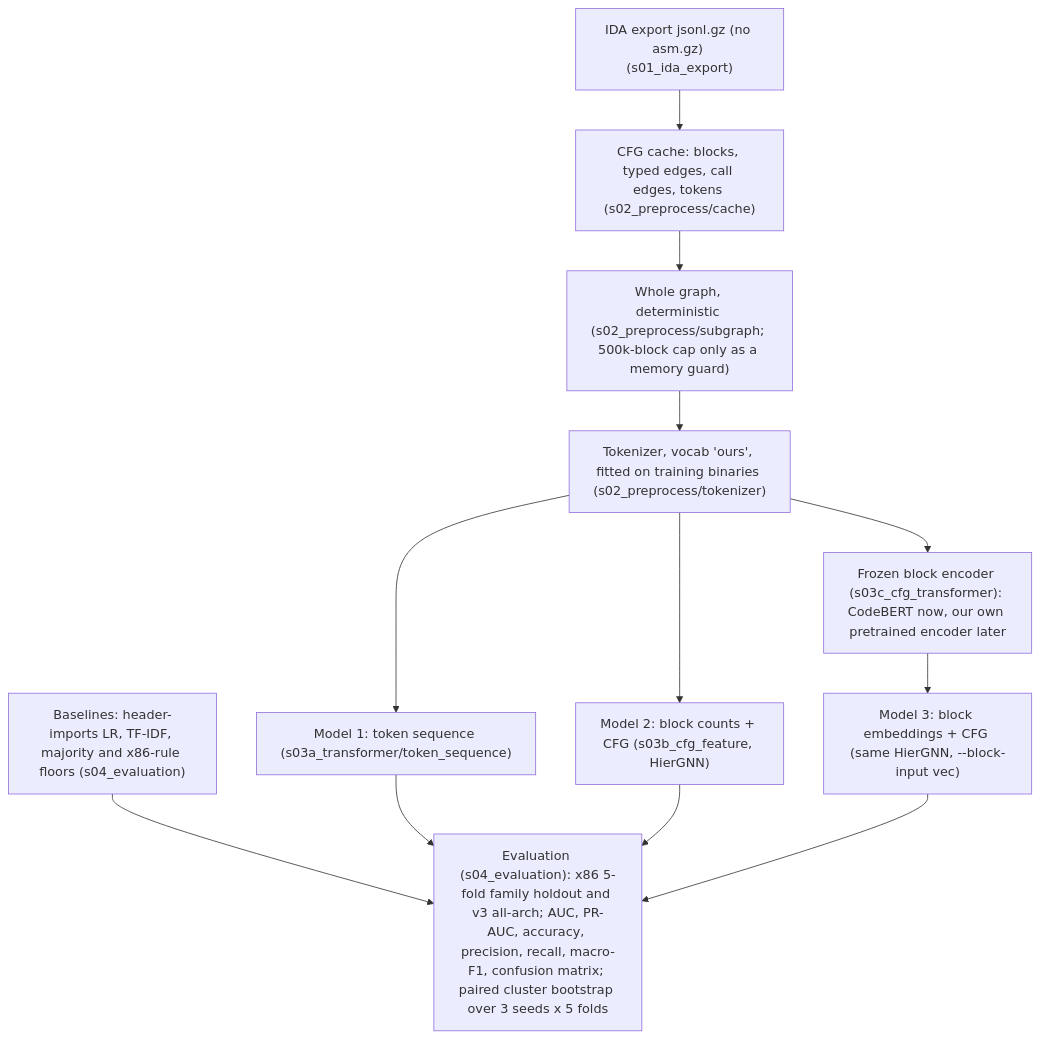
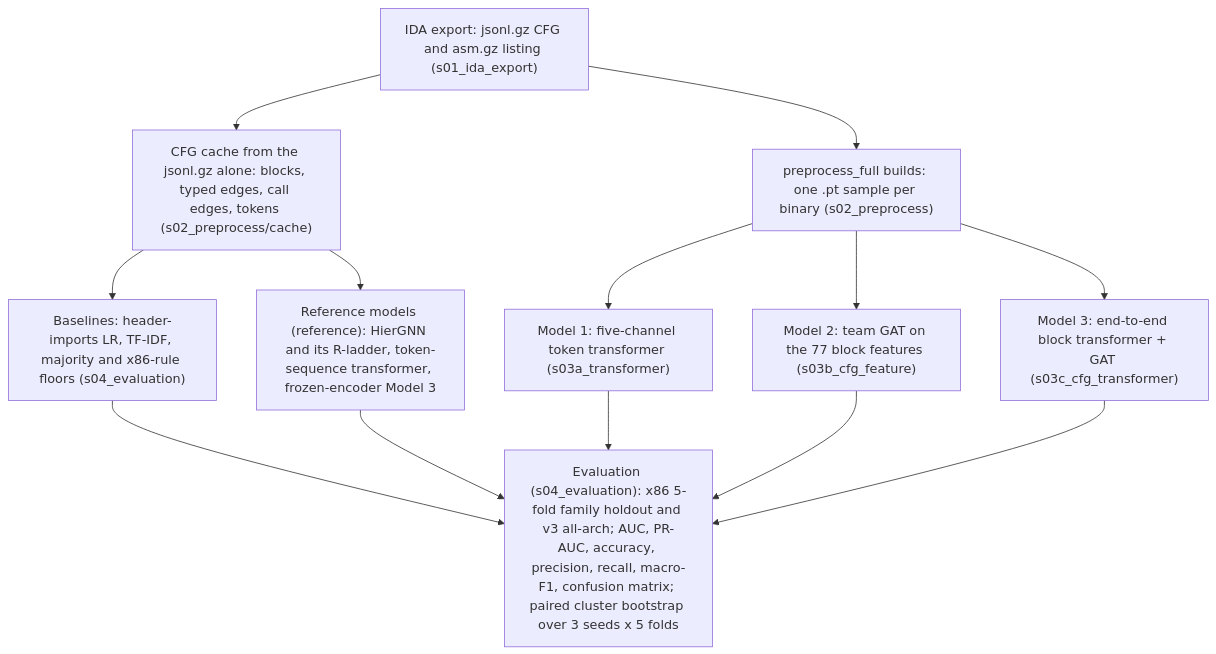
The diagram in CT_GAT/pipeline/README.md (doroluo/ransomware-detection-masters-project), drawn with Mermaid before and after one commit. The commit also changed other lines of this file and 70 other files, not shown here.

First line of the commit message:
Rewrite imports and docs for reference/

````diff
--- a/CT_GAT/pipeline/README.md
+++ b/CT_GAT/pipeline/README.md
@@ -8,15 +8,16 @@
 ```mermaid
 flowchart TD
-    A["IDA export jsonl.gz (no asm.gz) (s01_ida_export)"] --> B["CFG cache: blocks, typed edges, call edges, tokens (s02_preprocess/cache)"]
-    B --> C["Whole graph, deterministic (s02_preprocess/subgraph; 500k-block cap only as a memory guard)"]
-    C --> D["Tokenizer, vocab 'ours', fitted on training binaries (s02_preprocess/tokenizer)"]
-    D --> M1["Model 1: token sequence (s03a_transformer/token_sequence)"]
-    D --> M2["Model 2: block counts + CFG (s03b_cfg_feature, HierGNN)"]
-    D --> ENC["Frozen block encoder (s03c_cfg_transformer): CodeBERT now, our own pretrained encoder later"]
-    ENC --> M3["Model 3: block embeddings + CFG (same HierGNN, --block-input vec)"]
-    BASE["Baselines: header-imports LR, TF-IDF, majority and x86-rule floors (s04_evaluation)"] --> EV
+    A["IDA export: jsonl.gz CFG and asm.gz listing (s01_ida_export)"] --> P["preprocess_full builds: one .pt sample per binary (s02_preprocess)"]
+    P --> M1["Model 1: five-channel token transformer (s03a_transformer)"]
+    P --> M2["Model 2: team GAT on the 77 block features (s03b_cfg_feature)"]
+    P --> M3["Model 3: end-to-end block transformer + GAT (s03c_cfg_transformer)"]
+    A --> B["CFG cache from the jsonl.gz alone: blocks, typed edges, call edges, tokens (s02_preprocess/cache)"]
+    B --> BASE["Baselines: header-imports LR, TF-IDF, majority and x86-rule floors (s04_evaluation)"]
+    B --> REF["Reference models (reference): HierGNN and its R-ladder, token-sequence transformer, frozen-encoder Model 3"]
+    BASE --> EV
+    REF --> EV
     M1 --> EV
     M2 --> EV
     M3 --> EV
     EV["Evaluation (s04_evaluation): x86 5-fold family holdout and v3 all-arch; AUC, PR-AUC, accuracy, precision, recall, macro-F1, confusion matrix; paired cluster bootstrap over 3 seeds x 5 folds"]
 ```
````
